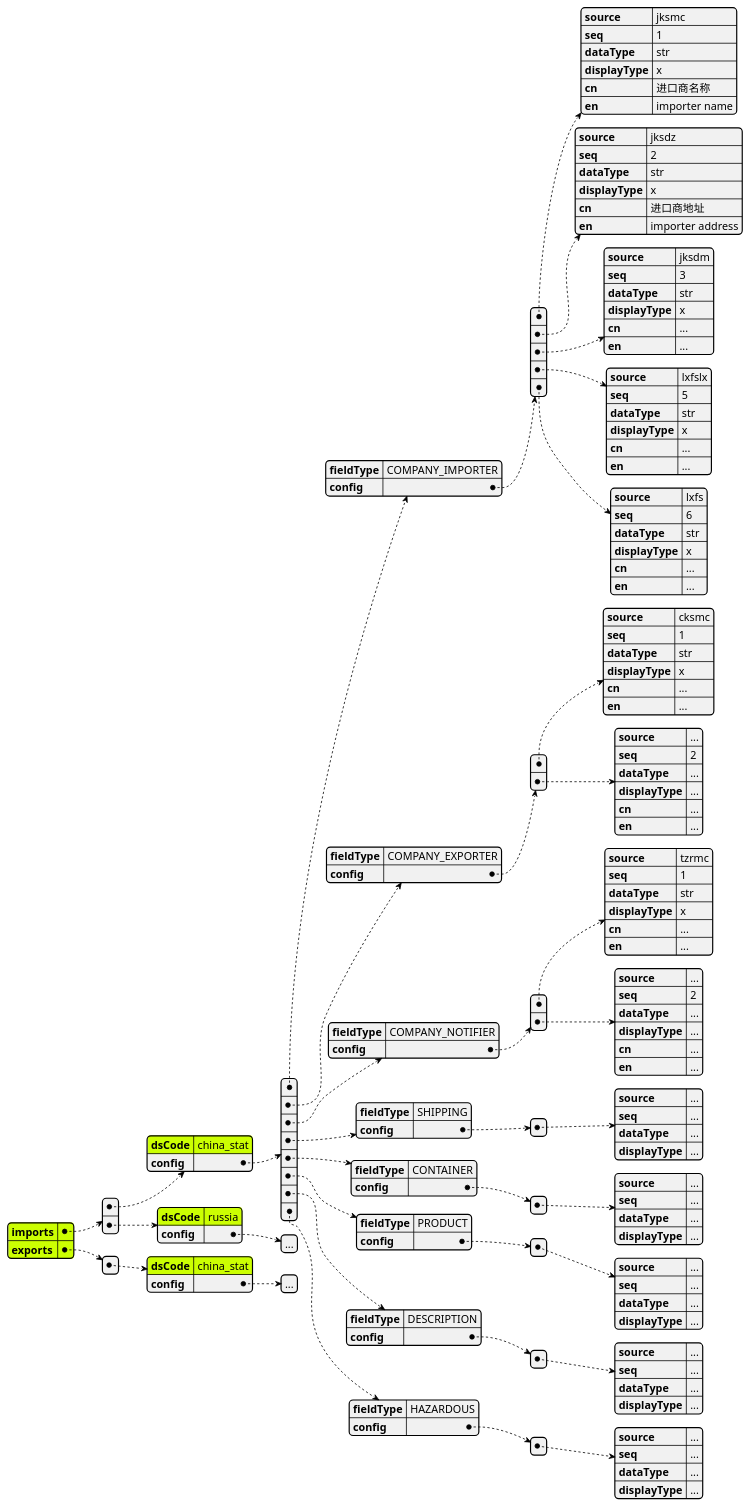
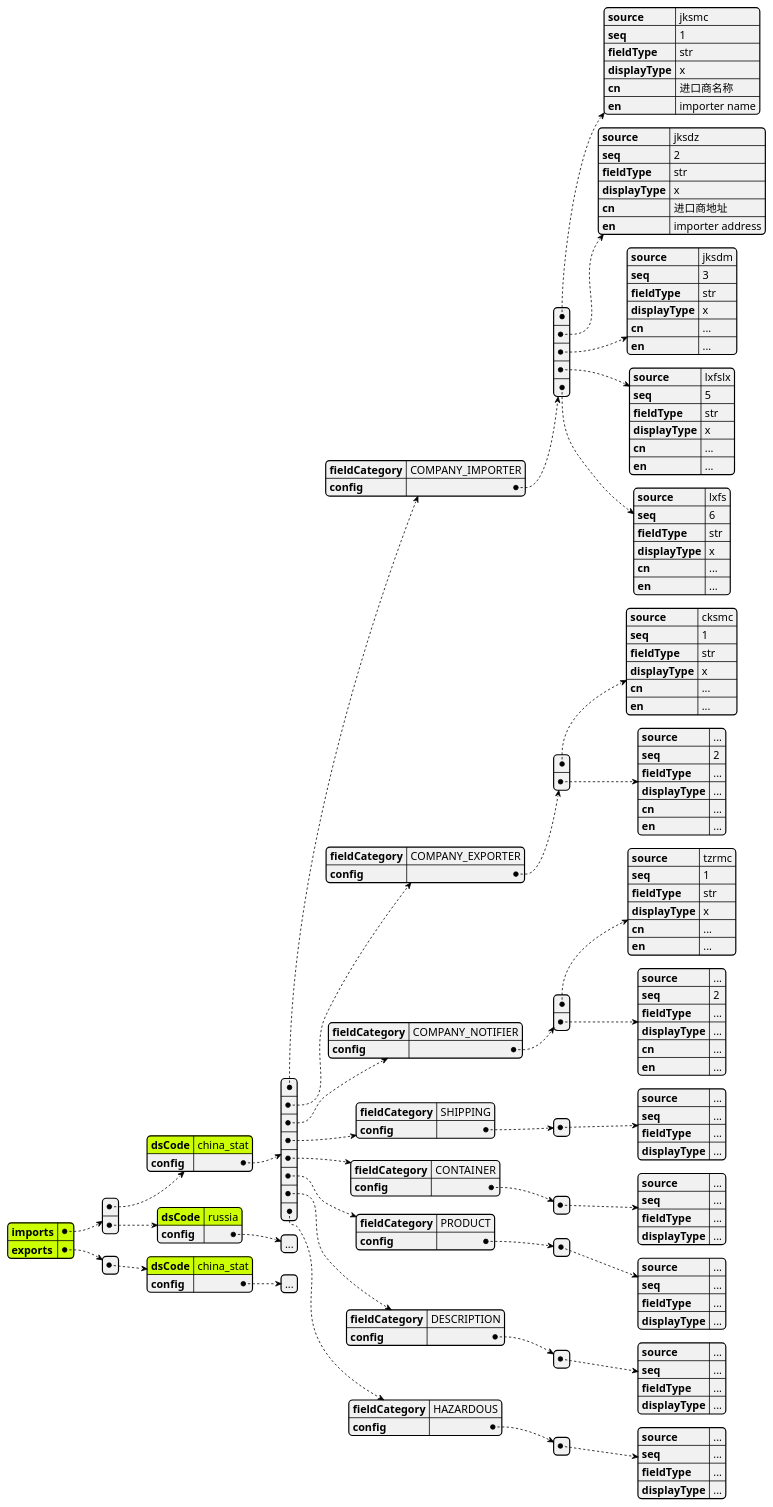
The diagram in plantuml/tradec/query_detail.puml (lwpk110/tendata-assets), drawn with PlantUML before and after one commit. The commit also changed 4 other files, not shown here.

Commit message:
feat: add sdk config read class diagram

```diff
--- a/plantuml/tradec/query_detail.puml
+++ b/plantuml/tradec/query_detail.puml
@@ -1,176 +1,176 @@
 @startjson
 #highlight "imports"
 #highlight "imports" / "0" / "dsCode"
 #highlight "imports" / "1" / "dsCode"
 #highlight "imports" / "2" / "dsCode"
 #highlight "exports"
 #highlight "exports" / "0" / "dsCode" 
 #highlight "exports" / "1" / "dsCode" 
 ' #highlight "address" / "city"
 ' #highlight "phoneNumbers" / "0" / "number"
 {
    "imports":[
       {
          "dsCode":"china_stat",
          "config":[
             {
-               "fieldType":"COMPANY_IMPORTER",
+               "fieldCategory":"COMPANY_IMPORTER",
                "config":[
                   {
                      "source":"jksmc",
                      "seq":1,
-                     "dataType":"str",
+                     "fieldType":"str",
                      "displayType":"x",
                      "cn":"进口商名称",
                      "en":"importer name"
                   },
                   {
                      "source":"jksdz",
                      "seq":2,
-                     "dataType":"str",
+                     "fieldType":"str",
                      "displayType":"x",
                      "cn":"进口商地址",
                      "en":"importer address"
                   },
                   {
                      "source":"jksdm",
                      "seq":3,
-                     "dataType":"str",
+                     "fieldType":"str",
                      "displayType":"x",
                      "cn":"...",
                      "en":"..."
                   },
                   {
                      "source":"lxfslx",
                      "seq":5,
-                     "dataType":"str",
+                     "fieldType":"str",
                      "displayType":"x",
                      "cn":"...",
                      "en":"..."
                   },
                   {
                      "source":"lxfs",
                      "seq":6,
-                     "dataType":"str",
+                     "fieldType":"str",
                      "displayType":"x",
                      "cn":"...",
                      "en":"..."
                   }
                ]
             },
             {
-               "fieldType":"COMPANY_EXPORTER",
+               "fieldCategory":"COMPANY_EXPORTER",
                "config":[
                   {
                      "source":"cksmc",
                      "seq":1,
-                     "dataType":"str",
+                     "fieldType":"str",
                      "displayType":"x",
                      "cn":"...",
                      "en":"..."
                   },
                   {
                      "source":"...",
                      "seq":2,
-                     "dataType":"...",
+                     "fieldType":"...",
                      "displayType":"...",
                      "cn":"...",
                      "en":"..."
                   }
                ]
             },
             {
-               "fieldType":"COMPANY_NOTIFIER",
+               "fieldCategory":"COMPANY_NOTIFIER",
                "config":[
                   {
                      "source":"tzrmc",
                      "seq":1,
-                     "dataType":"str",
+                     "fieldType":"str",
                      "displayType":"x",
                      "cn":"...",
                      "en":"..."
                   },
                   {
                      "source":"...",
                      "seq":2,
-                     "dataType":"...",
+                     "fieldType":"...",
                      "displayType":"...",
                      "cn":"...",
                      "en":"..."
                   }
                ]
             },
             {
-               "fieldType":"SHIPPING",
+               "fieldCategory":"SHIPPING",
                "config":[
                   {
                      "source":"...",
                      "seq":"...",
-                     "dataType":"...",
+                     "fieldType":"...",
                      "displayType":"..."
                   }
                ]
             },
             {
-               "fieldType":"CONTAINER",
+               "fieldCategory":"CONTAINER",
                "config":[
                   {
                      "source":"...",
                      "seq":"...",
-                     "dataType":"...",
+                     "fieldType":"...",
                      "displayType":"..."
                   }
                ]
             },
             {
-               "fieldType":"PRODUCT",
+               "fieldCategory":"PRODUCT",
                "config":[
                   {
                      "source":"...",
                      "seq":"...",
-                     "dataType":"...",
+                     "fieldType":"...",
                      "displayType":"..."
                   }
                ]
             },
             {
-               "fieldType":"DESCRIPTION",
+               "fieldCategory":"DESCRIPTION",
                "config":[
                   {
                      "source":"...",
                      "seq":"...",
-                     "dataType":"...",
+                     "fieldType":"...",
                      "displayType":"..."
                   }
                ]
             },
             {
-               "fieldType":"HAZARDOUS",
+               "fieldCategory":"HAZARDOUS",
                "config":[
                   {
                      "source":"...",
                      "seq":"...",
-                     "dataType":"...",
+                     "fieldType":"...",
                      "displayType":"..."
                   }
                ]
             }
          ]
       },
       {
          "dsCode":"russia",
          "config":[
             "..."
          ]
       }
    ],
    "exports":[
       {
          "dsCode":"china_stat",
          "config":[
             "..."
          ]
       }
    ]
 }
 @endjson
```
